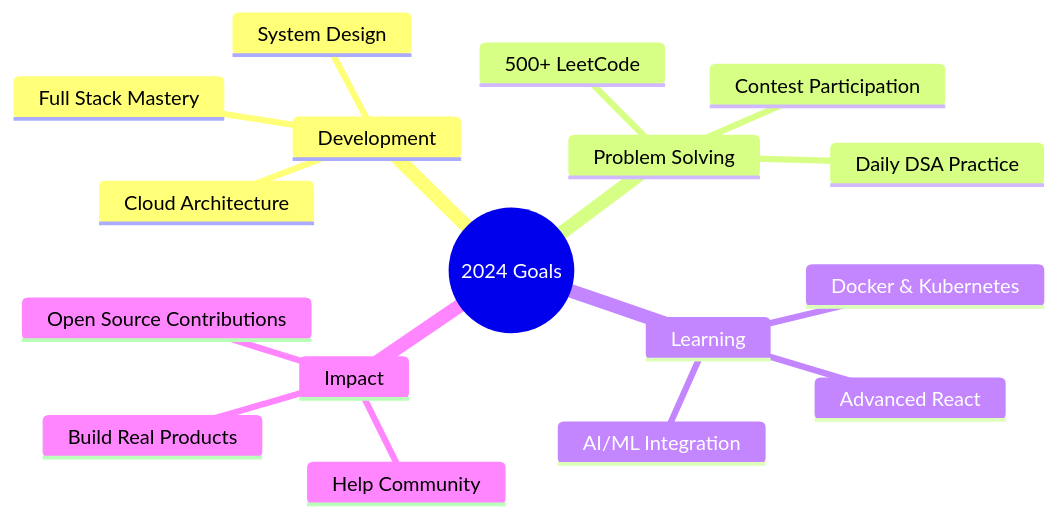
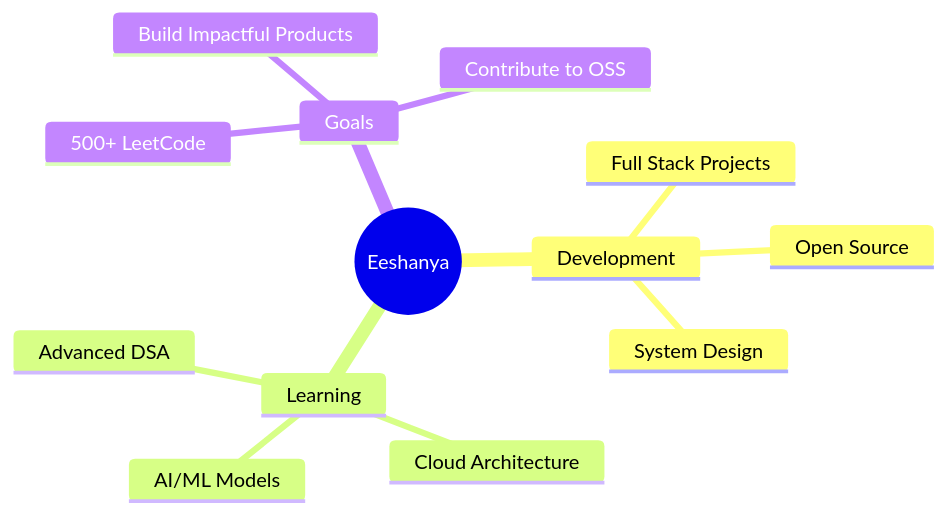
The first of 2 diagrams in README.md (Code-Ph0enix/Code-Ph0enix), drawn with Mermaid before and after one commit. The commit also changed other lines of this file, not shown here.

````diff
--- a/README.md
+++ b/README.md
@@ -118,20 +36,16 @@
 ```mermaid
 mindmap
-  root((2024 Goals))
+  root((Eeshanya))
     Development
-      Full Stack Mastery
+      Full Stack Projects
+      Open Source
       System Design
+    Learning
+      Advanced DSA
       Cloud Architecture
-    Problem Solving
+      AI/ML Models
+    Goals
       500+ LeetCode
-      Daily DSA Practice
-      Contest Participation
-    Learning
-      Docker & Kubernetes
-      Advanced React
-      AI/ML Integration
-    Impact
-      Open Source Contributions
-      Build Real Products
-      Help Community
+      Build Impactful Products
+      Contribute to OSS
 ```
````
